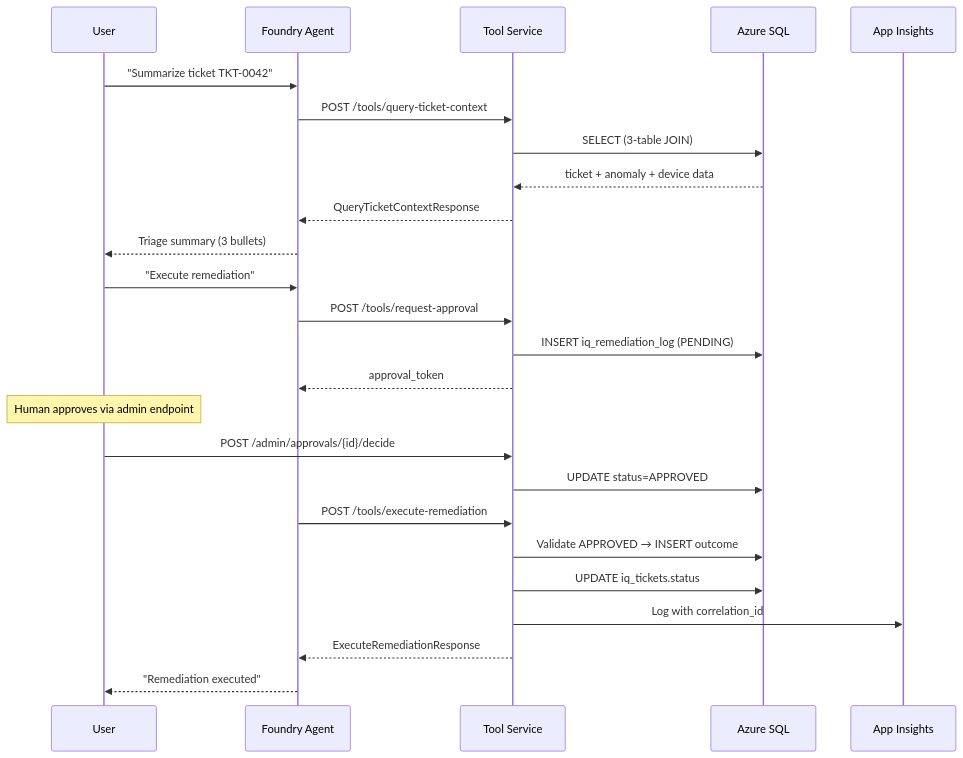
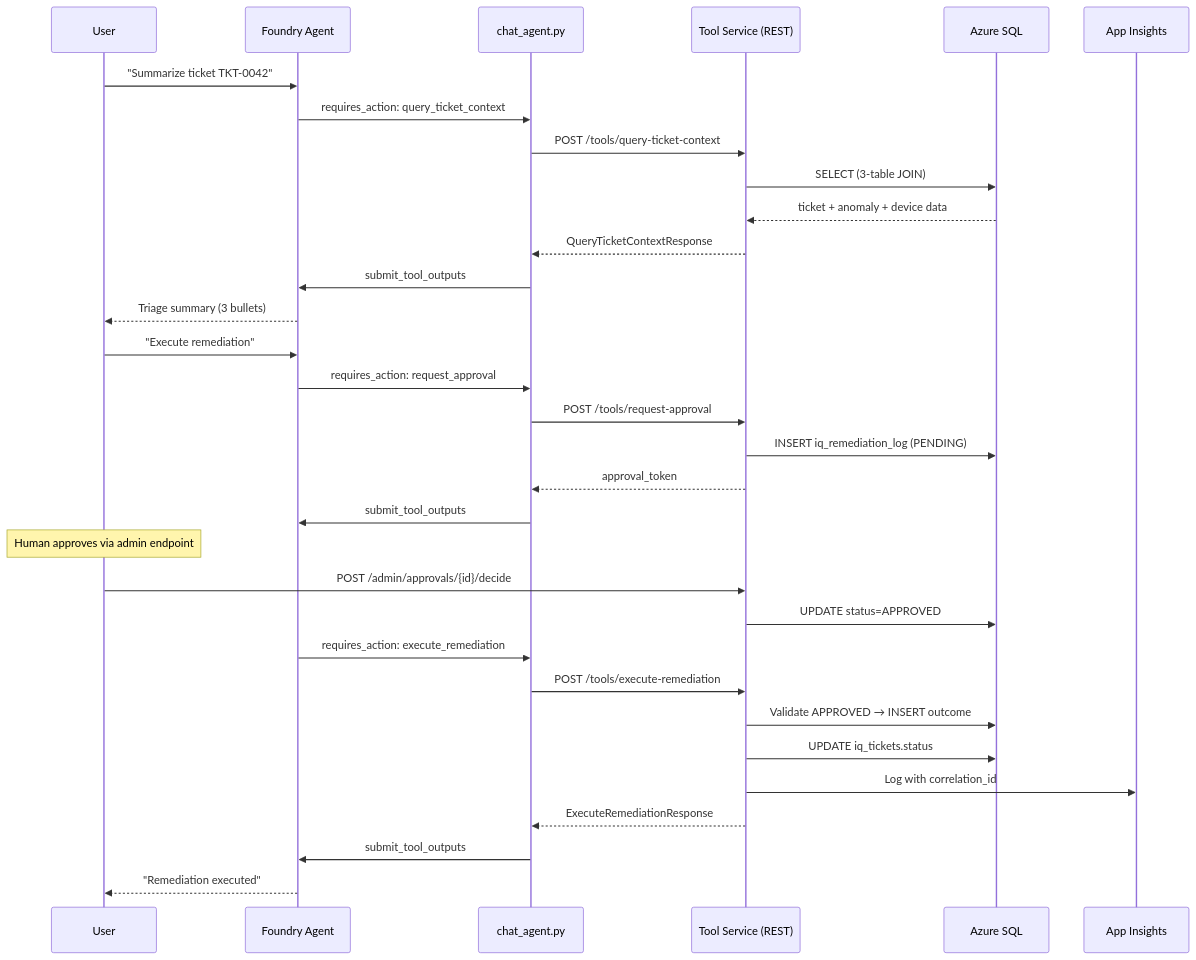
Before and after one commit to aionic/IQ-Workshop: the fourth of 5 diagrams in docs/architecture.md, drawn with Mermaid. The commit also changed other lines of this file and 32 other files, not shown here.

````diff
--- a/docs/architecture.md
+++ b/docs/architecture.md
@@ -127,31 +169,38 @@
 ```mermaid
 sequenceDiagram
   participant User
   participant Agent as Foundry Agent
-  participant API as Tool Service
+  participant Client as chat_agent.py
+  participant API as Tool Service (REST)
   participant DB as Azure SQL
   participant AI as App Insights
 
   User->>Agent: "Summarize ticket TKT-0042"
-  Agent->>API: POST /tools/query-ticket-context
+  Agent->>Client: requires_action: query_ticket_context
+  Client->>API: POST /tools/query-ticket-context
   API->>DB: SELECT (3-table JOIN)
   DB-->>API: ticket + anomaly + device data
-  API-->>Agent: QueryTicketContextResponse
+  API-->>Client: QueryTicketContextResponse
+  Client->>Agent: submit_tool_outputs
   Agent-->>User: Triage summary (3 bullets)
 
   User->>Agent: "Execute remediation"
-  Agent->>API: POST /tools/request-approval
+  Agent->>Client: requires_action: request_approval
+  Client->>API: POST /tools/request-approval
   API->>DB: INSERT iq_remediation_log (PENDING)
-  API-->>Agent: approval_token
+  API-->>Client: approval_token
+  Client->>Agent: submit_tool_outputs
 
   Note over User: Human approves via admin endpoint
   User->>API: POST /admin/approvals/{id}/decide
   API->>DB: UPDATE status=APPROVED
 
-  Agent->>API: POST /tools/execute-remediation
+  Agent->>Client: requires_action: execute_remediation
+  Client->>API: POST /tools/execute-remediation
   API->>DB: Validate APPROVED → INSERT outcome
   API->>DB: UPDATE iq_tickets.status
   API->>AI: Log with correlation_id
-  API-->>Agent: ExecuteRemediationResponse
+  API-->>Client: ExecuteRemediationResponse
+  Client->>Agent: submit_tool_outputs
   Agent-->>User: "Remediation executed"
 ```
````
